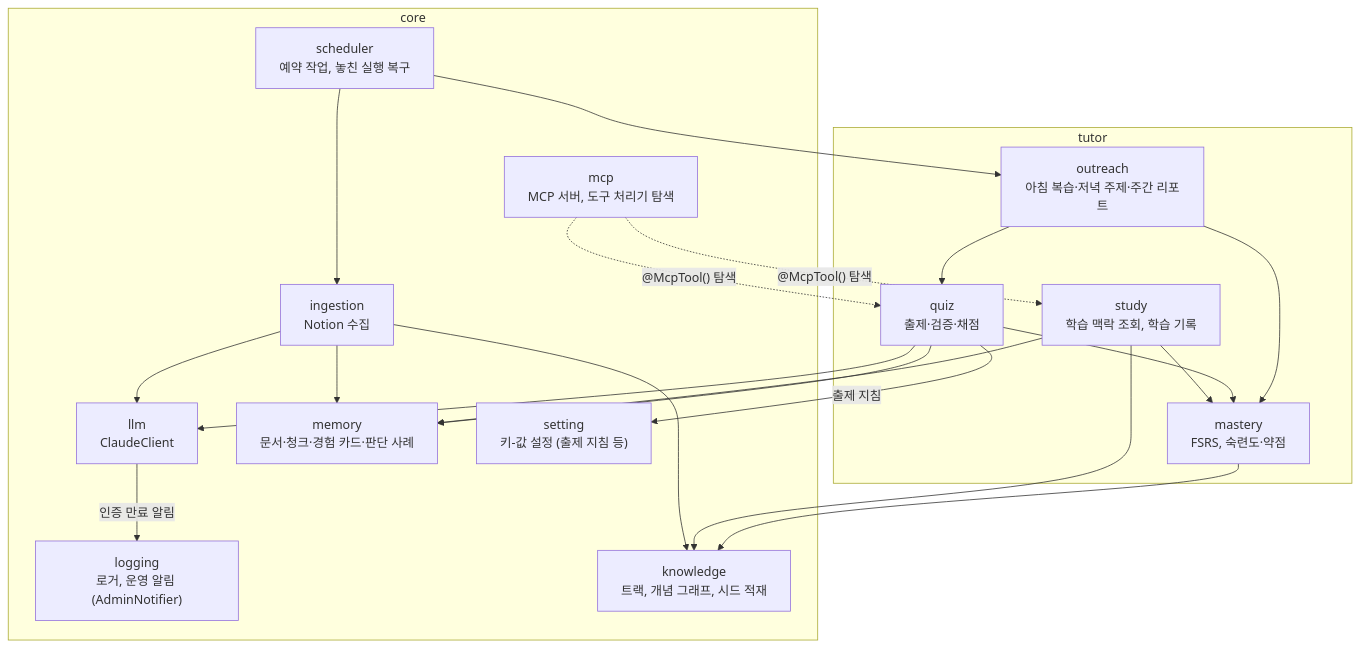
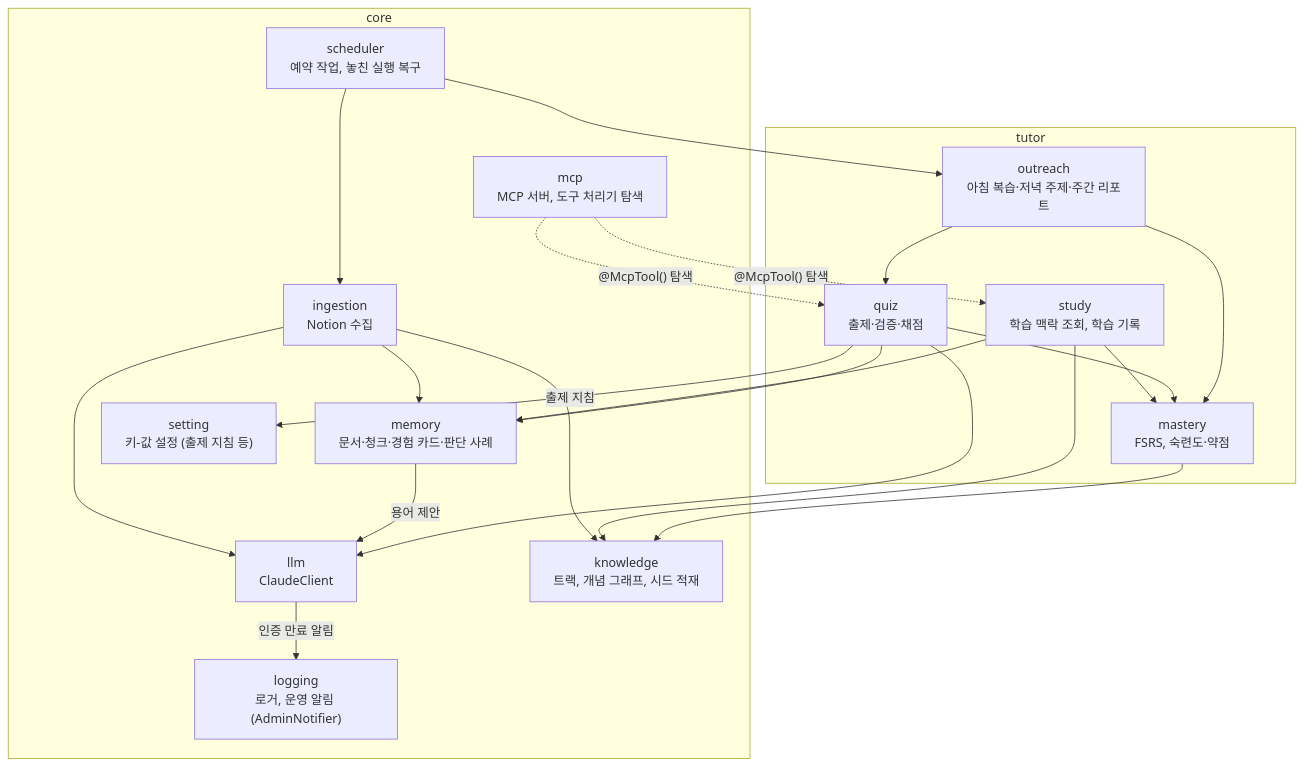
The diagram in docs/architecture/c4-3-component.md (Wonchang0314/growth-assistant), drawn with Mermaid before and after one commit. The commit also changed 26 other files, not shown here.

````diff
--- a/docs/architecture/c4-3-component.md
+++ b/docs/architecture/c4-3-component.md
@@ -5,43 +5,45 @@
 ```mermaid
 flowchart TB
     subgraph core
         mcp["mcp<br/>MCP 서버, 도구 처리기 탐색"]
         llm["llm<br/>ClaudeClient"]
         logging["logging<br/>로거, 운영 알림 (AdminNotifier)"]
         memory["memory<br/>문서·청크·경험 카드·판단 사례"]
         knowledge["knowledge<br/>트랙, 개념 그래프, 시드 적재"]
         ingestion["ingestion<br/>Notion 수집"]
         scheduler["scheduler<br/>예약 작업, 놓친 실행 복구"]
         setting["setting<br/>키-값 설정 (출제 지침 등)"]
     end
 
     subgraph tutor
         study["study<br/>학습 맥락 조회, 학습 기록"]
         quiz["quiz<br/>출제·검증·채점"]
         mastery["mastery<br/>FSRS, 숙련도·약점"]
         outreach["outreach<br/>아침 복습·저녁 주제·주간 리포트"]
     end
 
     mcp -.->|"@McpTool() 탐색"| study
     mcp -.->|"@McpTool() 탐색"| quiz
     scheduler --> outreach
     scheduler --> ingestion
     llm -->|"인증 만료 알림"| logging
     quiz -->|"출제 지침"| setting
 
     ingestion --> llm
     ingestion --> memory
     ingestion --> knowledge
 
+    memory -->|"용어 제안"| llm
+
     study --> memory
     study --> knowledge
     study --> mastery
 
     quiz --> llm
     quiz --> mastery
     quiz --> memory
 
     mastery --> knowledge
     outreach --> quiz
     outreach --> mastery
 ```
````
